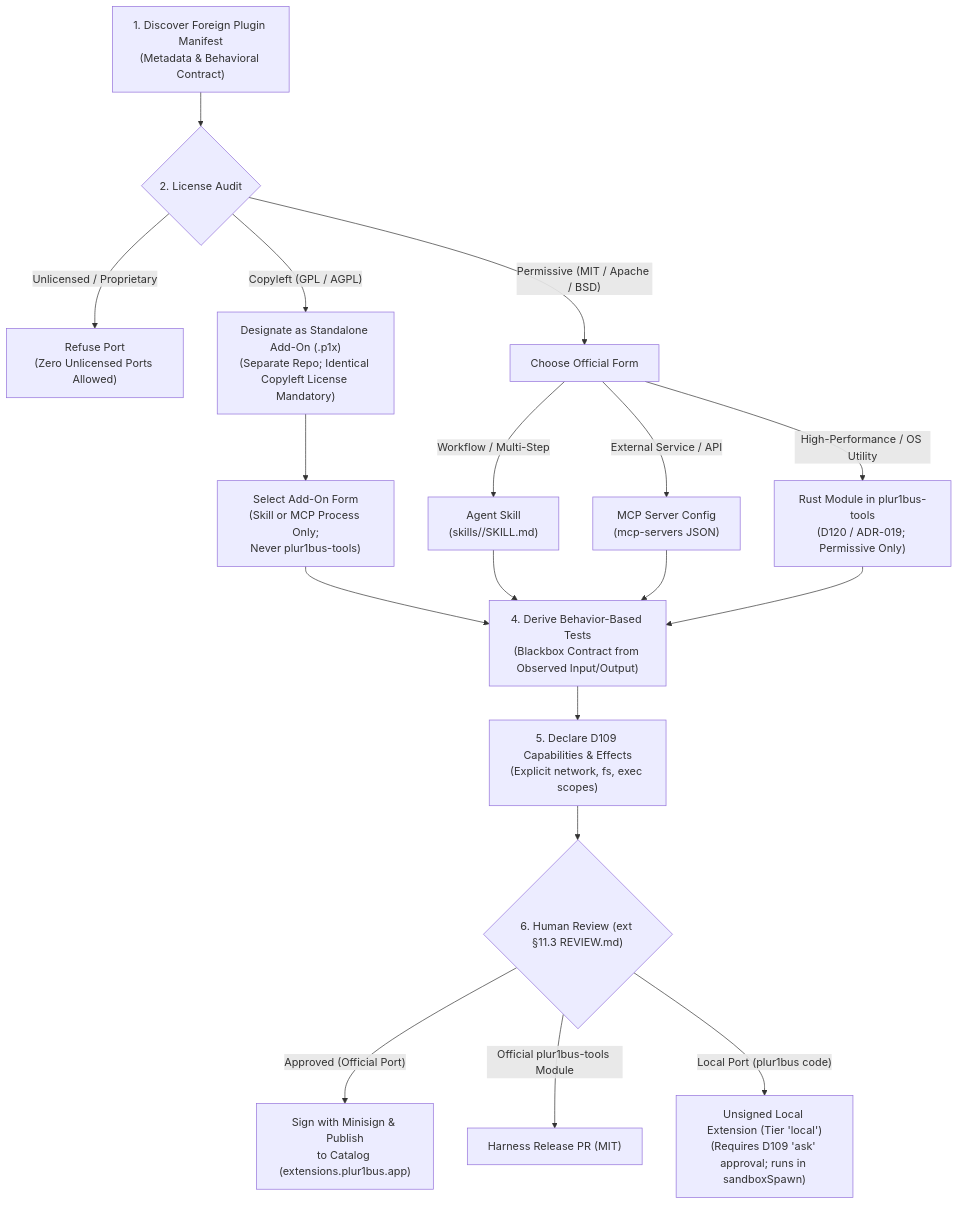
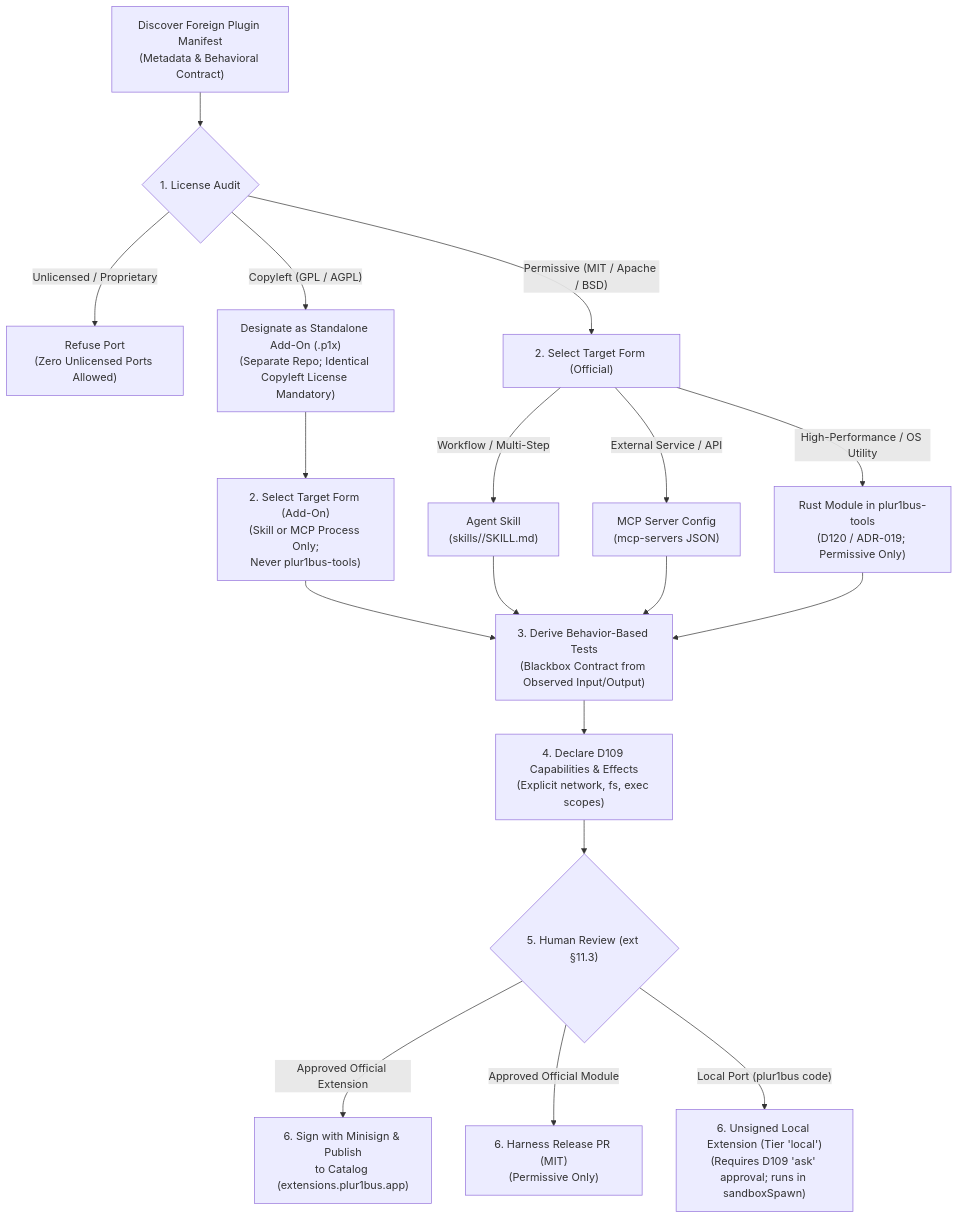
Before and after one commit to Cyb3rb1ade/PLUR1BUS-Harness: the third of 3 diagrams in docs/superpowers/specs/2026-10-27-profile-import-and-plugin-compat-design.md, drawn with Mermaid. The commit also changed other lines of this file and 5 other files, not shown here.

````diff
--- a/docs/superpowers/specs/2026-10-27-profile-import-and-plugin-compat-design.md
+++ b/docs/superpowers/specs/2026-10-27-profile-import-and-plugin-compat-design.md
@@ -283,20 +286,20 @@
 ```mermaid
 flowchart TD
-    Discover["1. Discover Foreign Plugin Manifest\n(Metadata & Behavioral Contract)"] --> License{"2. License Audit"}
+    Discover["Discover Foreign Plugin Manifest\n(Metadata & Behavioral Contract)"] --> License{"1. License Audit"}
     License -- "Unlicensed / Proprietary" --> RejectLicense["Refuse Port\n(Zero Unlicensed Ports Allowed)"]
     License -- "Copyleft (GPL / AGPL)" --> CopyleftPkg["Designate as Standalone Add-On (.p1x)\n(Separate Repo; Identical Copyleft License Mandatory)"]
-    License -- "Permissive (MIT / Apache / BSD)" --> PermissiveFork["Choose Official Form"]
-    CopyleftPkg --> CopyleftForm["Select Add-On Form\n(Skill or MCP Process Only;\nNever plur1bus-tools)"]
-    CopyleftForm --> BehaviorTests["4. Derive Behavior-Based Tests\n(Blackbox Contract from Observed Input/Output)"]
+    License -- "Permissive (MIT / Apache / BSD)" --> PermissiveFork["2. Select Target Form (Official)"]
+    CopyleftPkg --> CopyleftForm["2. Select Target Form (Add-On)\n(Skill or MCP Process Only;\nNever plur1bus-tools)"]
+    CopyleftForm --> BehaviorTests["3. Derive Behavior-Based Tests\n(Blackbox Contract from Observed Input/Output)"]
     PermissiveFork -- "Workflow / Multi-Step" --> SkillForm["Agent Skill\n(skills/<id>/SKILL.md)"]
     PermissiveFork -- "External Service / API" --> McpForm["MCP Server Config\n(mcp-servers JSON)"]
     PermissiveFork -- "High-Performance / OS Utility" --> ToolForm["Rust Module in plur1bus-tools\n(D120 / ADR-019; Permissive Only)"]
     SkillForm --> BehaviorTests
     McpForm --> BehaviorTests
     ToolForm --> BehaviorTests
-    BehaviorTests --> DeclareD109["5. Declare D109 Capabilities & Effects\n(Explicit network, fs, exec scopes)"]
-    DeclareD109 --> HumanReview{"6. Human Review (ext §11.3 REVIEW.md)"}
-    HumanReview -- "Approved (Official Port)" --> SignedCatalog["Sign with Minisign & Publish\nto Catalog (extensions.plur1bus.app)"]
-    HumanReview -- "Official plur1bus-tools Module" --> HarnessRelease["Harness Release PR (MIT)"]
-    HumanReview -- "Local Port (plur1bus code)" --> LocalSandbox["Unsigned Local Extension (Tier 'local')\n(Requires D109 'ask' approval; runs in sandboxSpawn)"]
+    BehaviorTests --> DeclareD109["4. Declare D109 Capabilities & Effects\n(Explicit network, fs, exec scopes)"]
+    DeclareD109 --> HumanReview{"5. Human Review (ext §11.3)"}
+    HumanReview -- "Approved Official Extension" --> SignedCatalog["6. Sign with Minisign & Publish\nto Catalog (extensions.plur1bus.app)"]
+    HumanReview -- "Approved Official Module" --> HarnessRelease["6. Harness Release PR (MIT)\n(Permissive Only)"]
+    HumanReview -- "Local Port (plur1bus code)" --> LocalSandbox["6. Unsigned Local Extension (Tier 'local')\n(Requires D109 'ask' approval; runs in sandboxSpawn)"]
 ```
````
